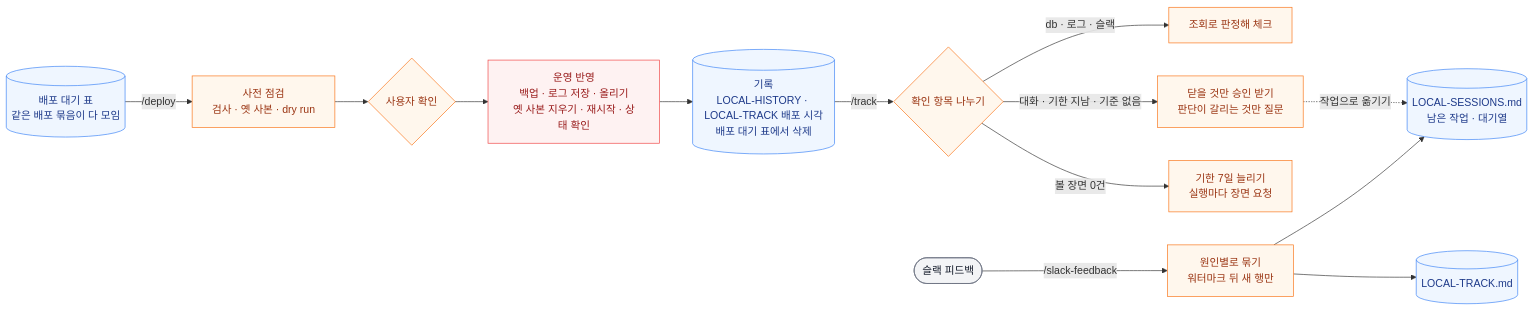
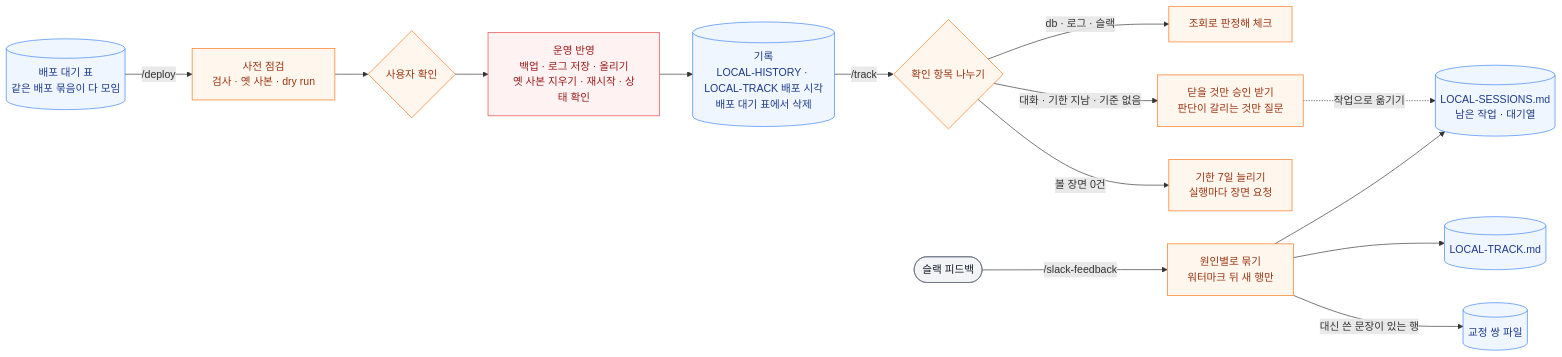
Before and after one commit to hyewon3938/build-with-ai: the fifth of 6 diagrams in workflow/skills-overview.md, drawn with Mermaid. The commit also changed other lines of this file and 1 other file, not shown here.

Commit message:
feat(slack-feedback): 대신 쓴 문장이 달린 피드백에서 교정 쌍을 쌓는 단계를 더한다
원인 확인 뒤에 교정 쌍 쌓기 단계를 넣고 이후 단계 번호를 하나씩 미뤘다.
프로젝트 절에 교정 쌍 파일이 적혀 있을 때만 돌고, 방향만 적은 피드백은 넣지 않는다.
프롬프트로 옮길 때는 문제의 종류만 규칙 문장으로 옮기도록 적었다.
skills-overview의 흐름도와 핵심 분기점에도 같은 내용을 더했다.

````diff
--- a/workflow/skills-overview.md
+++ b/workflow/skills-overview.md
@@ -162,25 +162,26 @@
 ```mermaid
 graph LR
     DW[("배포 대기 표<br/>같은 배포 묶음이 다 모임")] -->|/deploy| PRE["사전 점검<br/>검사 · 옛 사본 · dry run"]
     PRE --> OK{"사용자 확인"}
     OK --> RUN["운영 반영<br/>백업 · 로그 저장 · 올리기<br/>옛 사본 지우기 · 재시작 · 상태 확인"]
     RUN --> REC[("기록<br/>LOCAL-HISTORY · LOCAL-TRACK 배포 시각<br/>배포 대기 표에서 삭제")]
     REC -->|/track| TR{"확인 항목 나누기"}
     TR -->|db · 로그 · 슬랙| AUTO["조회로 판정해 체크"]
     TR -->|대화 · 기한 지남 · 기준 없음| ASK["닫을 것만 승인 받기<br/>판단이 갈리는 것만 질문"]
     ASK -.작업으로 옮기기.-> QU[("LOCAL-SESSIONS.md<br/>남은 작업 · 대기열")]
     TR -->|볼 장면 0건| SCENE["기한 7일 늘리기<br/>실행마다 장면 요청"]
     SL(["슬랙 피드백"]) -->|/slack-feedback| FB["원인별로 묶기<br/>워터마크 뒤 새 행만"]
     FB --> QU
     FB --> TK[("LOCAL-TRACK.md")]
+    FB -->|대신 쓴 문장이 있는 행| CP[("교정 쌍 파일")]
 
     classDef io fill:#f3f4f6,stroke:#6b7280,color:#111827
     classDef judge fill:#fff7ed,stroke:#f97316,color:#9a3412
     classDef local fill:#eff6ff,stroke:#3b82f6,color:#1e3a8a
     classDef external fill:#fef2f2,stroke:#ef4444,color:#991b1b
 
     class SL io
     class PRE,OK,TR,AUTO,ASK,SCENE,FB judge
-    class DW,REC,QU,TK local
+    class DW,REC,QU,TK,CP local
     class RUN external
 ```
````
